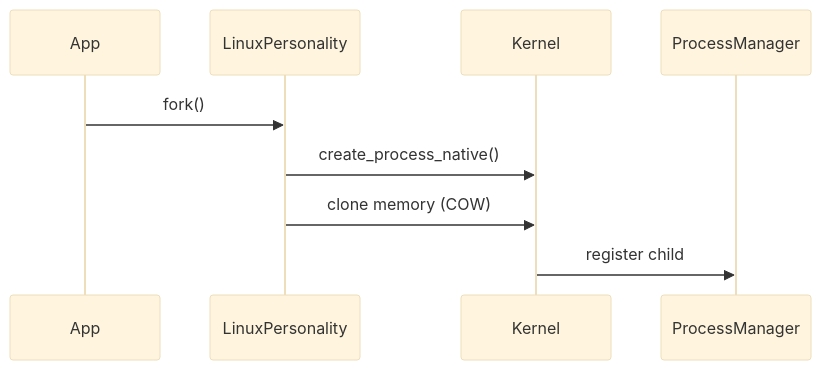
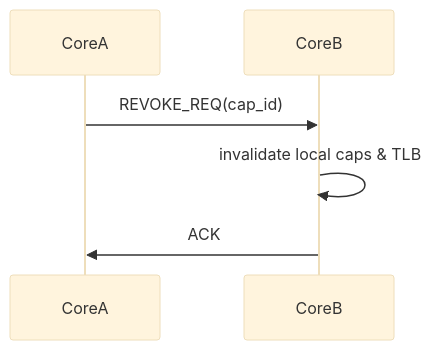
Before and after one commit to CloudCarpentry/Bharat-OS: the sixth of 8 diagrams in docs/architecture/kernel/process_thread.md, drawn with Mermaid (base theme). The commit also changed other lines of this file and 3 other files, not shown here.

Commit message:
docs: update architecture for true multikernel distributed state

````diff
--- a/docs/architecture/kernel/process_thread.md
+++ b/docs/architecture/kernel/process_thread.md
@@ -251,12 +185,9 @@
 ```mermaid
 sequenceDiagram
-    participant App
-    participant LinuxPersonality
-    participant Kernel
-    participant ProcessManager
+    participant CoreA
+    participant CoreB
 
-    App->>LinuxPersonality: fork()
-    LinuxPersonality->>Kernel: create_process_native()
-    LinuxPersonality->>Kernel: clone memory (COW)
-    Kernel->>ProcessManager: register child
+    CoreA->>CoreB: REVOKE_REQ(cap_id)
+    CoreB->>CoreB: invalidate local caps & TLB
+    CoreB->>CoreA: ACK
 ```
````
